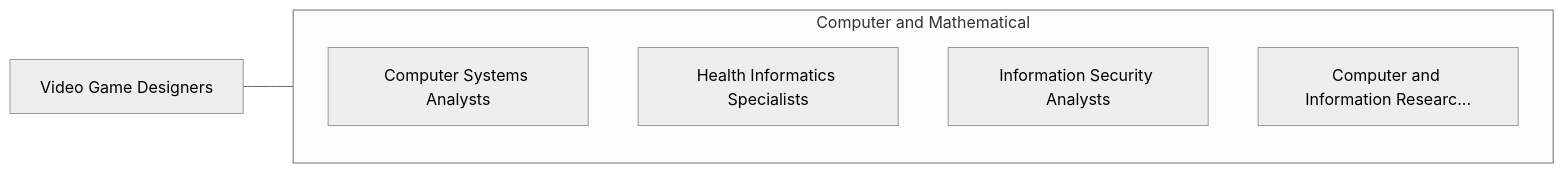
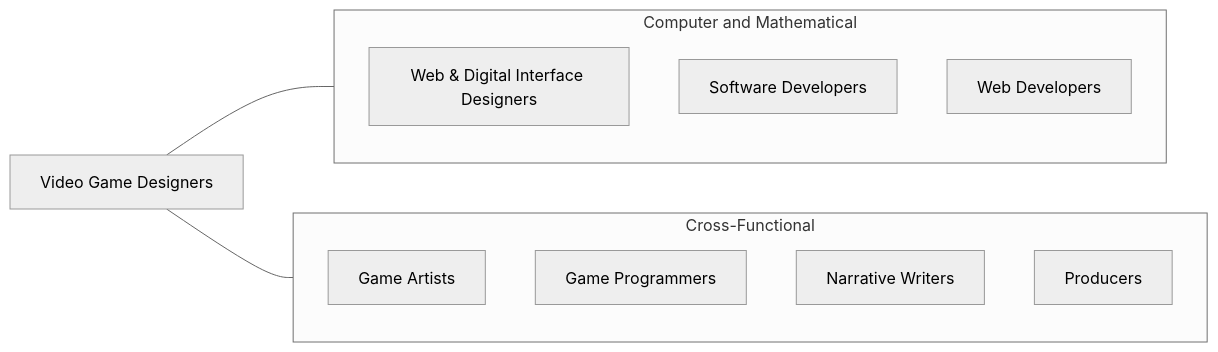
Before and after one commit to kziemski/business.org.ai: the third of 4 diagrams in occupations/Technology/VideoGameDesigners.mdx, drawn with Mermaid (neutral theme). The commit also changed other lines of this file and 938 other files, not shown here.

````diff
--- a/occupations/Technology/VideoGameDesigners.mdx
+++ b/occupations/Technology/VideoGameDesigners.mdx
@@ -112,13 +202,20 @@
 ```mermaid
 graph LR
     Current["Video Game Designers"]
 
     subgraph SameCategory["Computer and Mathematical"]
-        ComputerSystemsAnaly["Computer Systems Analysts"]
-        HealthInformaticsSpe["Health Informatics Specialists"]
-        InformationSecurityA["Information Security Analysts"]
-        ComputerAndInformati["Computer and Information Researc..."]
+        WDI["Web & Digital Interface Designers"]
+        SD["Software Developers"]
+        WD["Web Developers"]
+    end
+
+    subgraph CrossFunctional["Cross-Functional"]
+        GA["Game Artists"]
+        GP["Game Programmers"]
+        NW["Narrative Writers"]
+        PM["Producers"]
     end
 
     Current --- SameCategory
+    Current --- CrossFunctional
 ```
````
